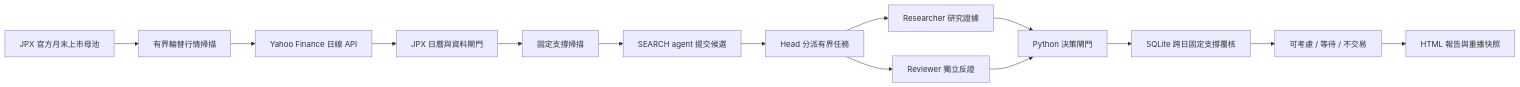
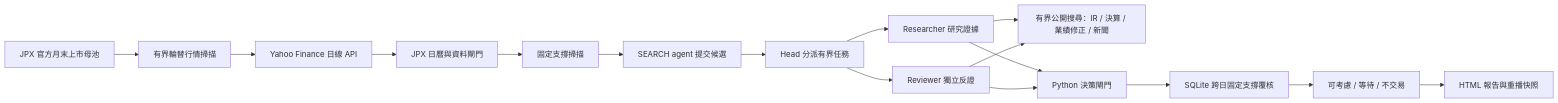
One commit to konakona-0827/STOCKLLMVER2 changed the diagram in README.md. Above: the diagram before and after it, drawn with Mermaid. The commit also changed other lines of this file and 23 other files, not shown here.

````diff
--- a/README.md
+++ b/README.md
@@ -7,16 +7,18 @@
 ```mermaid
 flowchart LR
     U[JPX 官方月末上市母池] --> C[有界輪替行情掃描]
     C --> Y[Yahoo Finance 日線 API]
     Y --> D[JPX 日曆與資料閘門]
     D --> S[固定支撐掃描]
     S --> Q[SEARCH agent 提交候選]
     Q --> H[Head 分派有界任務]
     H --> A[Researcher 研究證據]
     H --> B[Reviewer 獨立反證]
+    A --> W[有界公開搜尋：IR / 決算 / 業績修正 / 新聞]
+    B --> W
     A --> G[Python 決策閘門]
     B --> G
     G --> L[SQLite 跨日固定支撐覆核]
     L --> R[可考慮 / 等待 / 不交易]
     R --> O[HTML 報告與重播快照]
 ```
````
